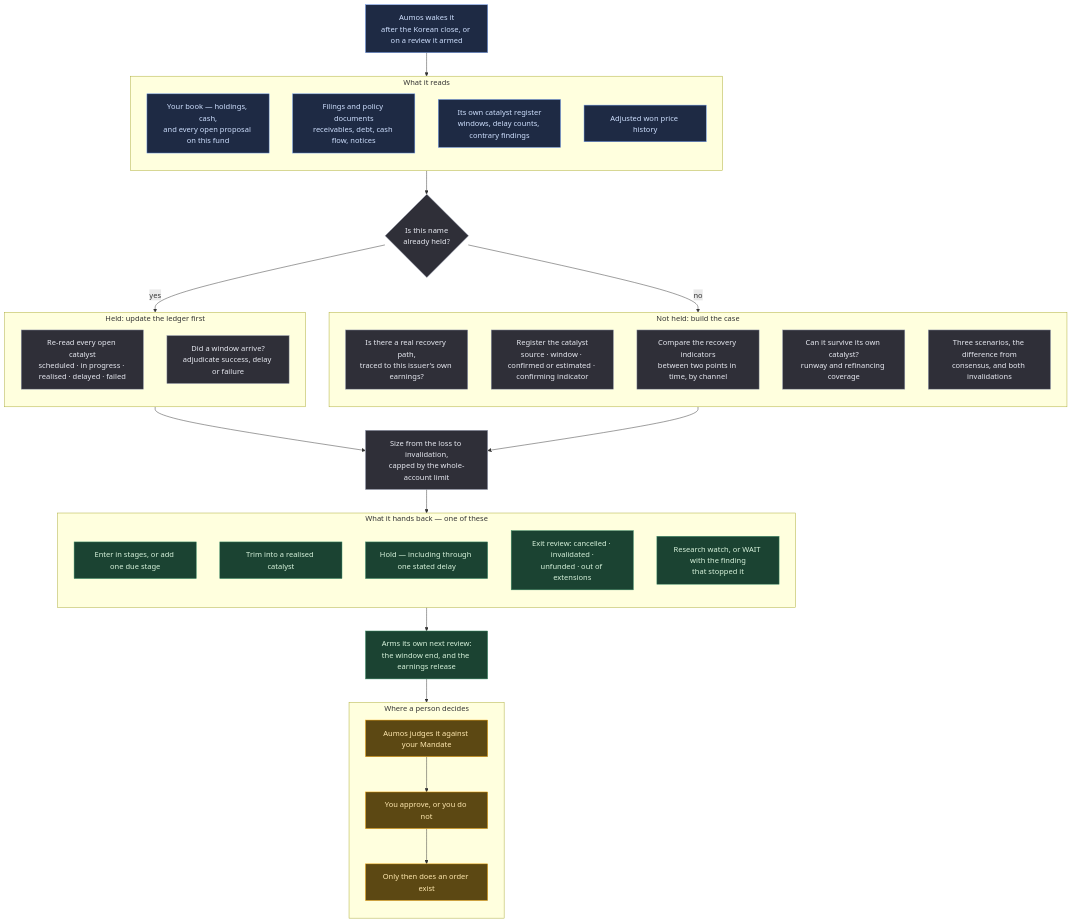
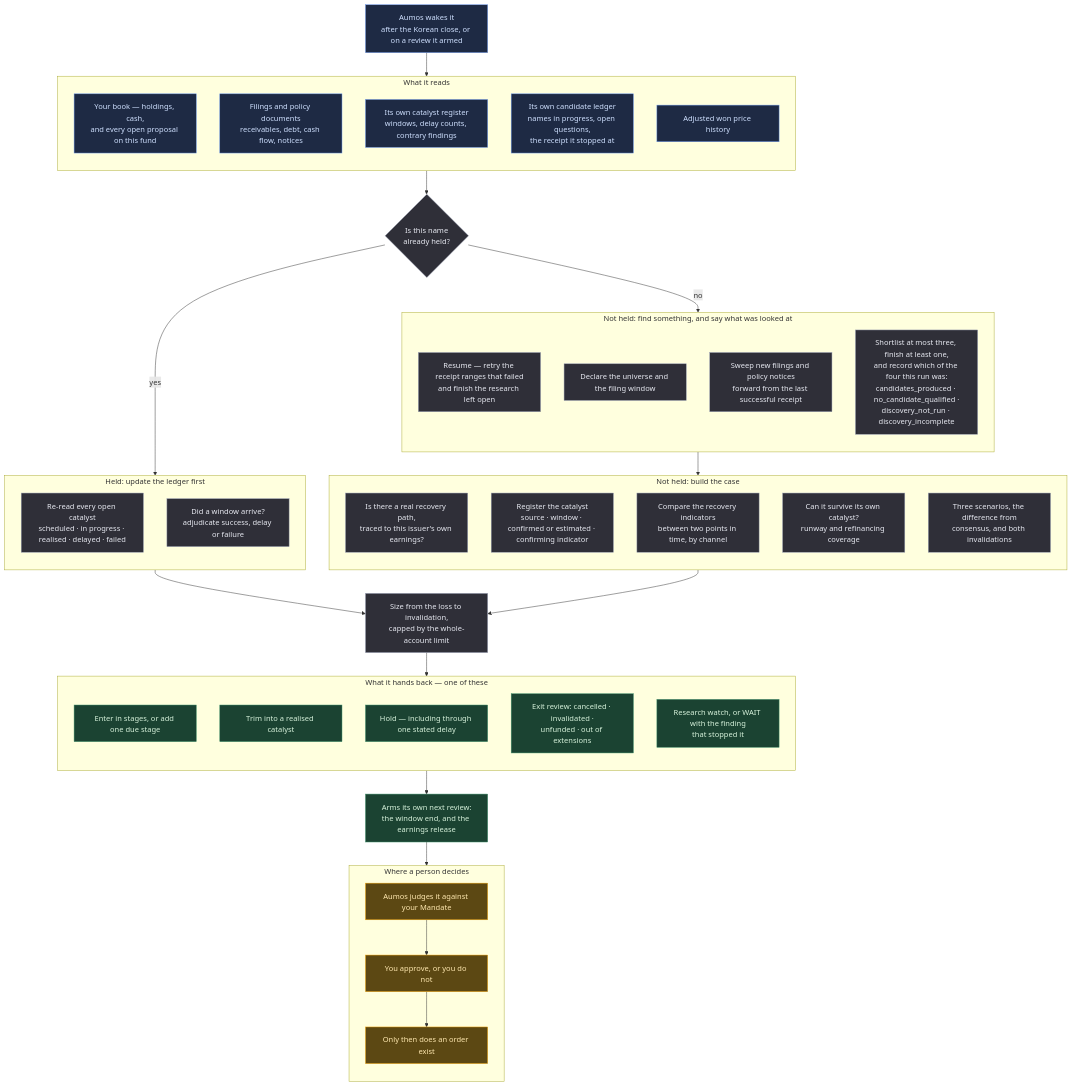
The diagram in managers/catalyst-turnaround/README.md (untilled/aumos-catalogue), drawn with Mermaid before and after one commit. The commit also changed other lines of this file and 15 other files, not shown here.

````diff
--- a/managers/catalyst-turnaround/README.md
+++ b/managers/catalyst-turnaround/README.md
@@ -88,59 +88,68 @@
 ```mermaid
 flowchart TB
     classDef reads fill:#1e2a44,stroke:#6f9bf0,color:#cfe0ff
     classDef judges fill:#2f2f38,stroke:#9aa0b4,color:#e8eaf2
     classDef proposes fill:#1b4332,stroke:#40916c,color:#d8f3dc
     classDef person fill:#5c4813,stroke:#f6a609,color:#ffe8b0
 
     WAKE["Aumos wakes it<br/>after the Korean close, or on a review it armed"]:::reads
 
     subgraph IN["What it reads"]
         direction TB
         BOOK["Your book — holdings, cash,<br/>and every open proposal on this fund"]:::reads
         FILE["Filings and policy documents<br/>receivables, debt, cash flow, notices"]:::reads
         REG["Its own catalyst register<br/>windows, delay counts, contrary findings"]:::reads
+        LED["Its own candidate ledger<br/>names in progress, open questions,<br/>the receipt it stopped at"]:::reads
         PX["Adjusted won price history"]:::reads
     end
 
     HELD{"Is this name<br/>already held?"}:::judges
 
     subgraph UPDATE["Held: update the ledger first"]
         direction TB
         U1["Re-read every open catalyst<br/>scheduled · in progress · realised · delayed · failed"]:::judges
         U2["Did a window arrive?<br/>adjudicate success, delay or failure"]:::judges
+    end
+
+    subgraph SWEEP["Not held: find something, and say what was looked at"]
+        direction TB
+        S1["Resume — retry the receipt ranges that failed<br/>and finish the research left open"]:::judges
+        S2["Declare the universe and the filing window"]:::judges
+        S3["Sweep new filings and policy notices<br/>forward from the last successful receipt"]:::judges
+        S4["Shortlist at most three, finish at least one,<br/>and record which of the four this run was:<br/>candidates_produced · no_candidate_qualified ·<br/>discovery_not_run · discovery_incomplete"]:::judges
     end
 
     subgraph NEW["Not held: build the case"]
         direction TB
         N1["Is there a real recovery path,<br/>traced to this issuer's own earnings?"]:::judges
         N2["Register the catalyst<br/>source · window · confirmed or estimated · confirming indicator"]:::judges
         N3["Compare the recovery indicators<br/>between two points in time, by channel"]:::judges
         N4["Can it survive its own catalyst?<br/>runway and refinancing coverage"]:::judges
         N5["Three scenarios, the difference from<br/>consensus, and both invalidations"]:::judges
     end
 
     SIZE["Size from the loss to invalidation,<br/>capped by the whole-account limit"]:::judges
 
     subgraph OUT["What it hands back — one of these"]
         direction TB
         BUY["Enter in stages, or add one due stage"]:::proposes
         TRIM["Trim into a realised catalyst"]:::proposes
         HOLD["Hold — including through one stated delay"]:::proposes
         EXIT["Exit review: cancelled · invalidated ·<br/>unfunded · out of extensions"]:::proposes
         WATCH["Research watch, or WAIT with the finding<br/>that stopped it"]:::proposes
     end
 
     ARM["Arms its own next review:<br/>the window end, and the earnings release"]:::proposes
 
     subgraph HUMAN["Where a person decides"]
         direction TB
         MAND["Aumos judges it against your Mandate"]:::person
         YOU["You approve, or you do not"]:::person
         ORD["Only then does an order exist"]:::person
     end
 
     WAKE --> IN --> HELD
     HELD -- yes --> UPDATE --> SIZE
-    HELD -- no --> NEW --> SIZE
+    HELD -- no --> SWEEP --> NEW --> SIZE
     SIZE --> OUT --> ARM --> MAND --> YOU --> ORD
 ```
````
